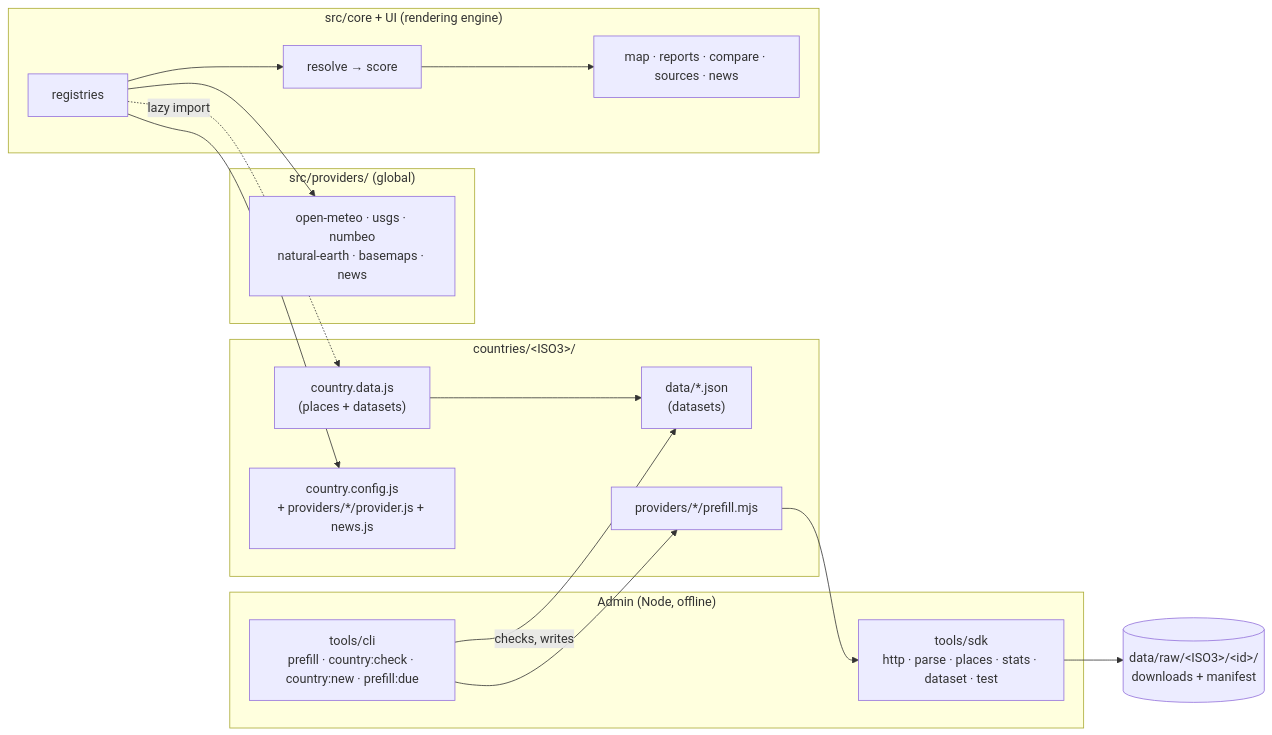
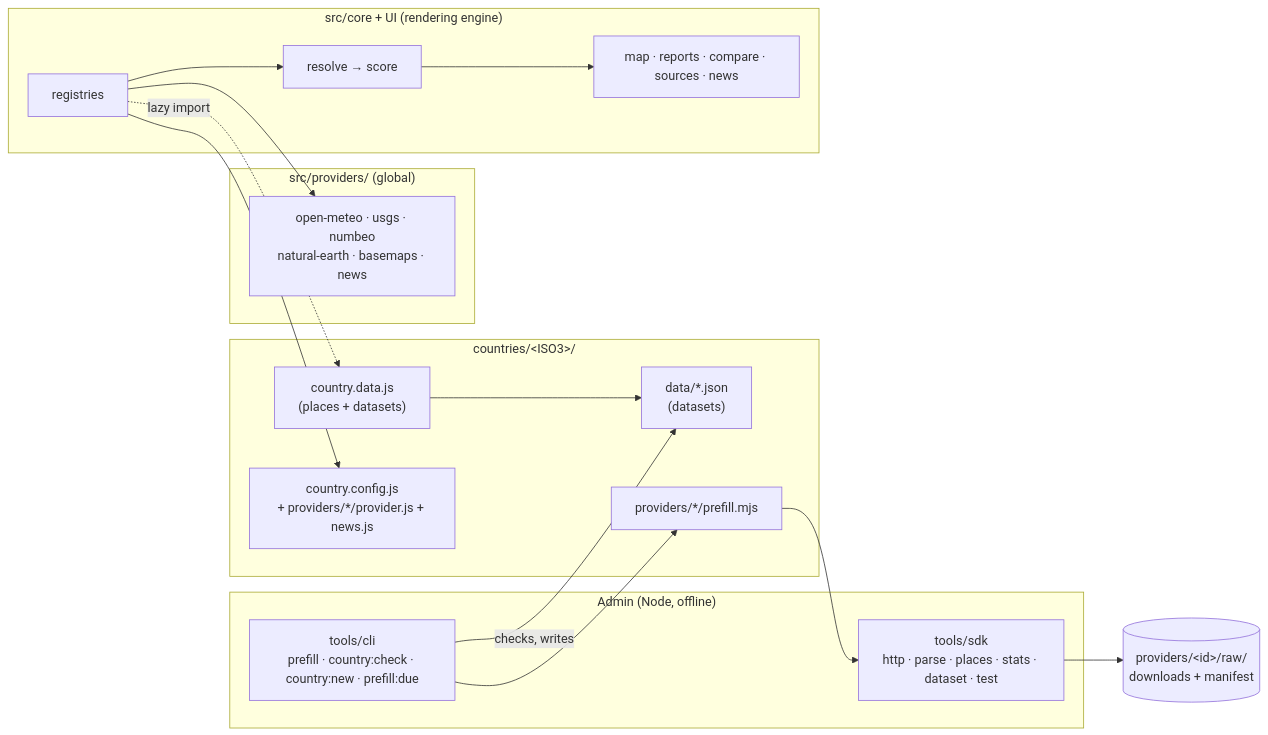
The diagram in docs/architecture.md (codealchemist/mapstats), drawn with Mermaid before and after one commit. The commit also changed other lines of this file and 6 other files, not shown here.

````diff
--- a/docs/architecture.md
+++ b/docs/architecture.md
@@ -24,32 +24,32 @@
 ```mermaid
 flowchart LR
   subgraph Admin["Admin (Node, offline)"]
     CLI["tools/cli<br/>prefill · country:check · country:new · prefill:due"]
     SDK["tools/sdk<br/>http · parse · places · stats · dataset · test"]
   end
   subgraph Countries["countries/&lt;ISO3&gt;/"]
     CFG["country.config.js<br/>+ providers/*/provider.js + news.js"]
     PRV["providers/*/prefill.mjs"]
     DATA["data/*.json<br/>(datasets)"]
     CD["country.data.js<br/>(places + datasets)"]
   end
   subgraph Shared["src/providers/ (global)"]
     GP["open-meteo · usgs · numbeo<br/>natural-earth · basemaps · news"]
   end
   subgraph Core["src/core + UI (rendering engine)"]
     REG["registries"]
     MODEL["resolve → score"]
     UI["map · reports · compare · sources · news"]
   end
-  RAW[("data/raw/&lt;ISO3&gt;/&lt;id&gt;/<br/>downloads + manifest")]
+  RAW[("providers/&lt;id&gt;/raw/<br/>downloads + manifest")]
 
   CLI --> PRV
   PRV --> SDK
   SDK --> RAW
   CLI -- checks, writes --> DATA
   CD --> DATA
   REG --> CFG
   REG -. lazy import .-> CD
   REG --> GP
   REG --> MODEL --> UI
 ```
````
